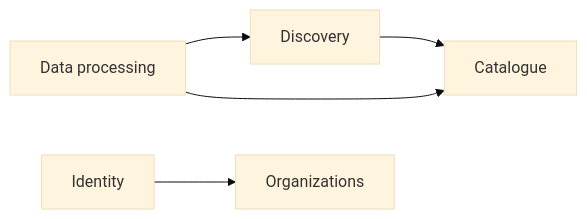
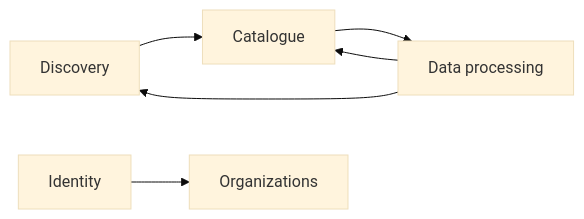
Before and after one commit to mdwt/magic-events: the diagram in docs/data-model.md, drawn with Mermaid (base theme). The commit also changed other lines of this file and 4 other files, not shown here.

````diff
--- a/docs/data-model.md
+++ b/docs/data-model.md
@@ -24,7 +24,8 @@
 ```mermaid
 flowchart LR
   DIS[Discovery] --> CAT[Catalogue]
   DP[Data processing] --> DIS
   DP --> CAT
+  CAT --> DP
   ID[Identity] --> ORG[Organizations]
 ```
````
